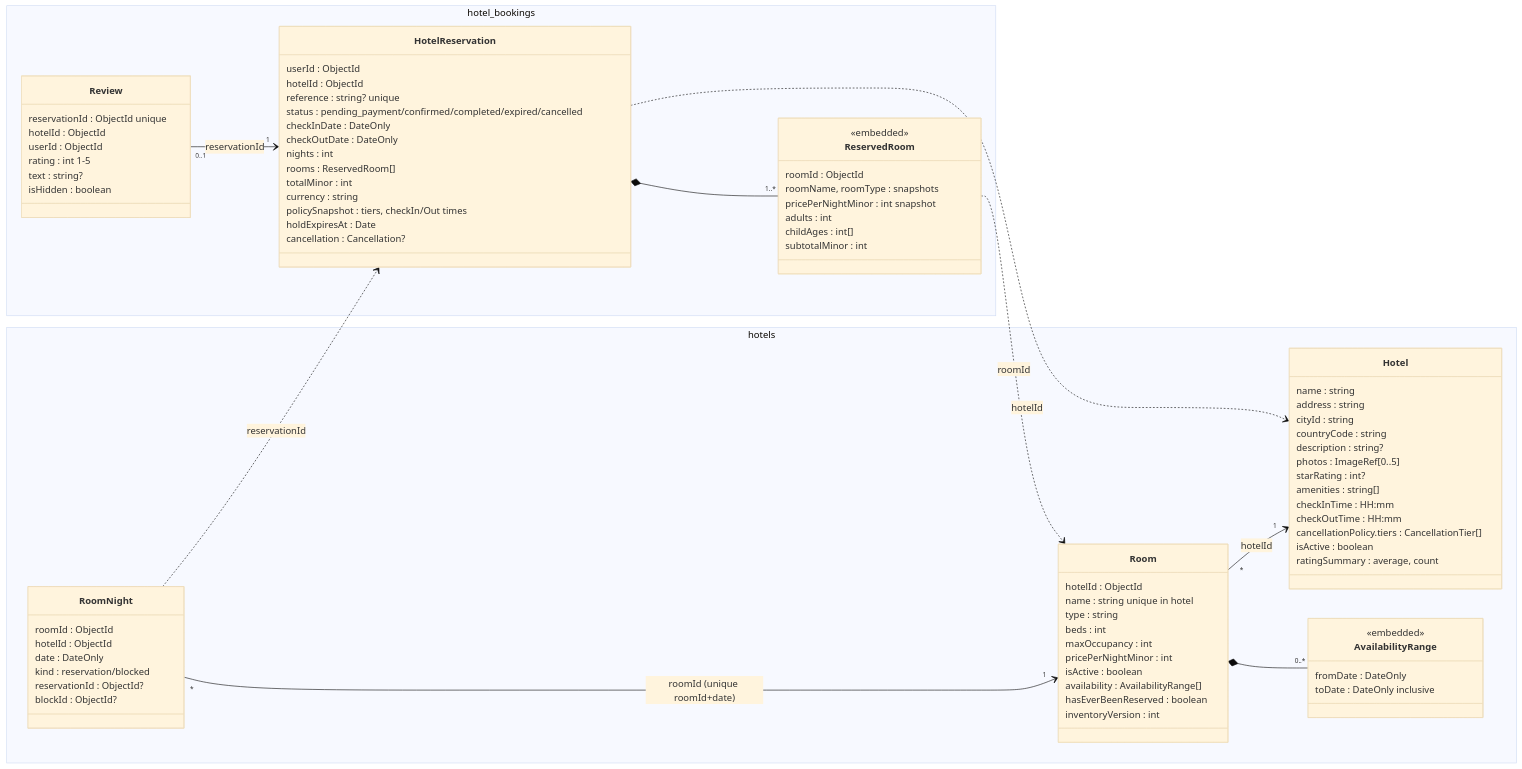
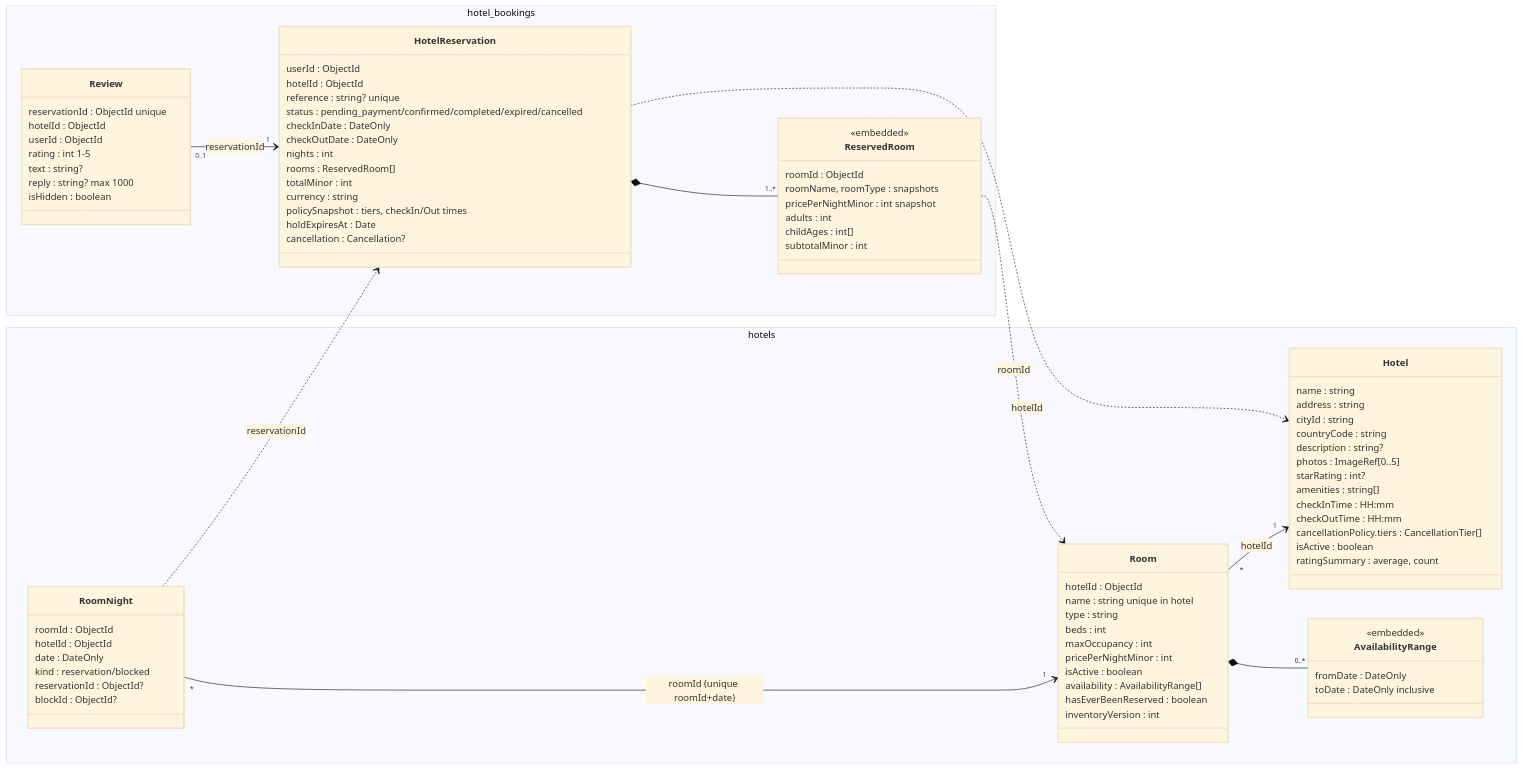
Before and after one commit to Host173/Man2o4ah: the fourth of 7 diagrams in docs/database/class-diagrams.md, drawn with Mermaid (base theme). The commit also changed 7 other files, not shown here.

```diff
--- a/docs/database/class-diagrams.md
+++ b/docs/database/class-diagrams.md
@@ -348,6 +348,7 @@
       userId : ObjectId
       rating : int 1-5
       text : string?
+      reply : string? max 1000
       isHidden : boolean
     }
   }
```
